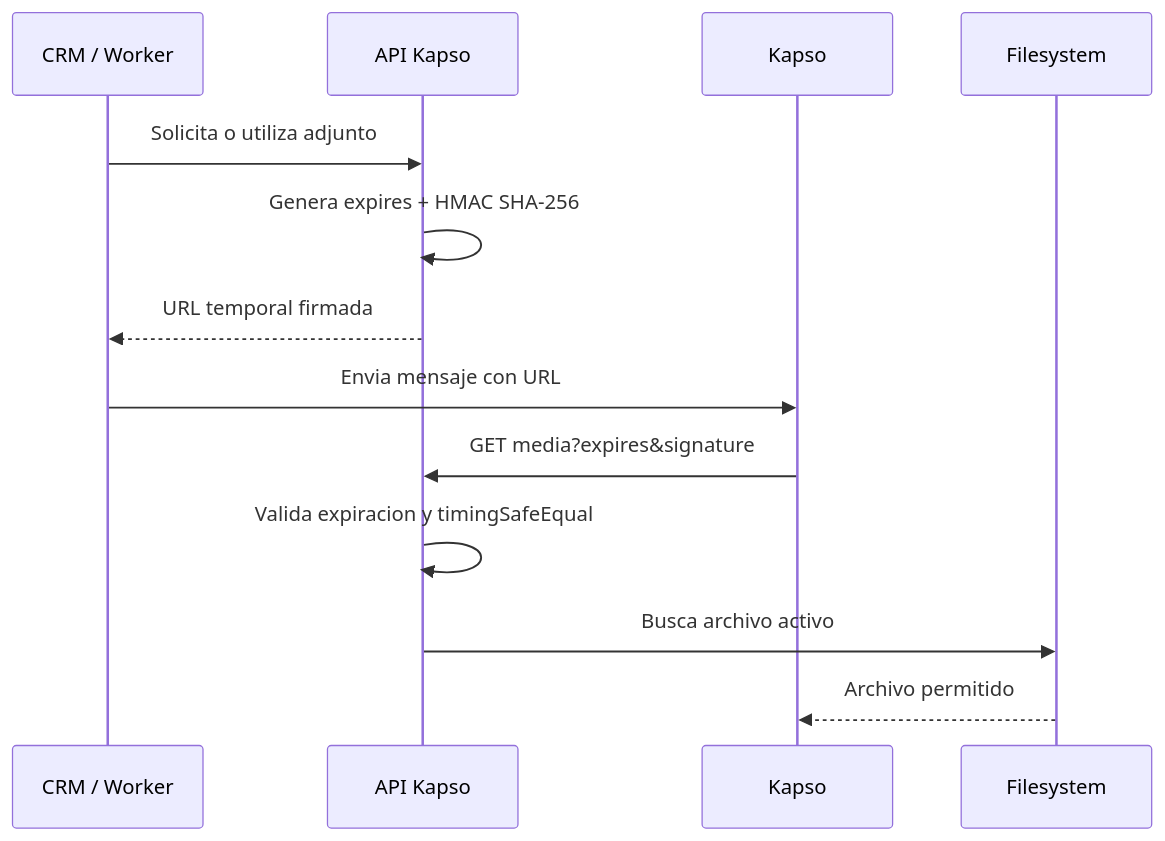
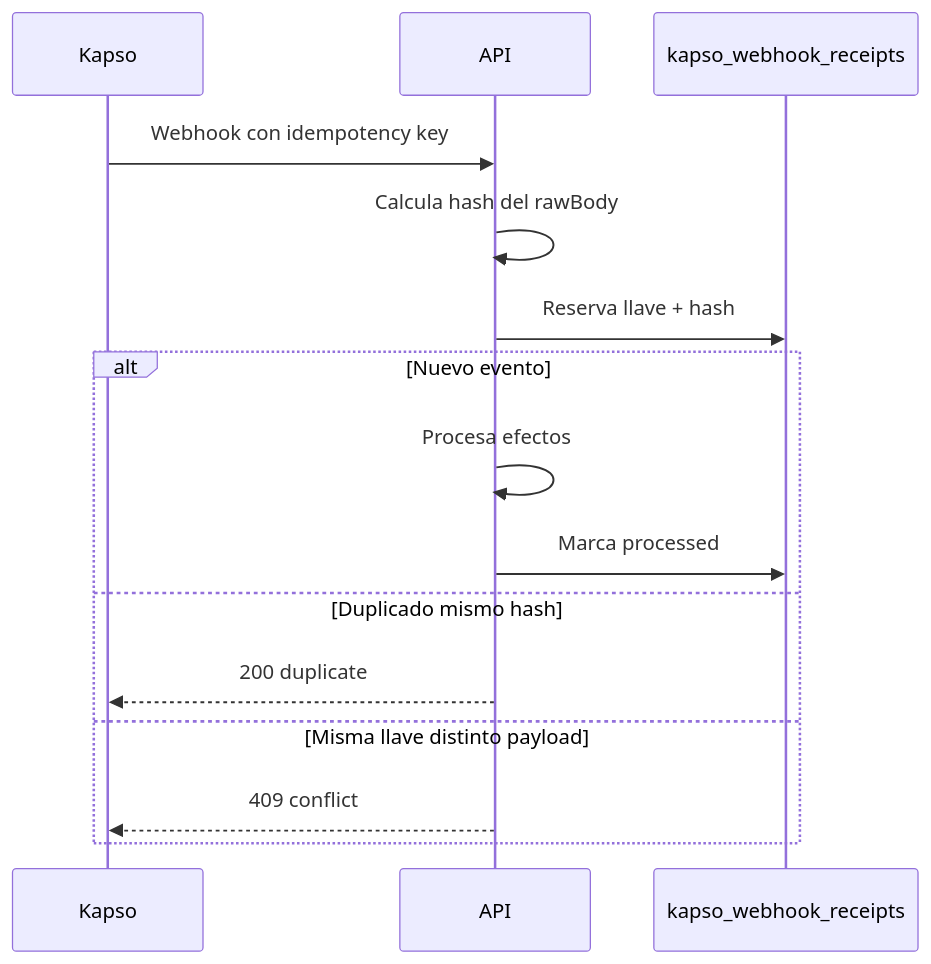
The eighth of 9 diagrams in README.md (roccacr/CRM_VENTAS), drawn with Mermaid before and after one commit. The commit also changed other lines of this file and 19 other files, not shown here.

````diff
--- a/README.md
+++ b/README.md
@@ -822,16 +463,18 @@
 ```mermaid
 sequenceDiagram
-  participant CRM as CRM / Worker
-  participant API as API Kapso
   participant K as Kapso
-  participant FS as Filesystem
+  participant API as API
+  participant DB as kapso_webhook_receipts
 
-  CRM->>API: Solicita o utiliza adjunto
-  API->>API: Genera expires + HMAC SHA-256
-  API-->>CRM: URL temporal firmada
-  CRM->>K: Envia mensaje con URL
-  K->>API: GET media?expires&signature
-  API->>API: Valida expiracion y timingSafeEqual
-  API->>FS: Busca archivo activo
-  FS-->>K: Archivo permitido
+  K->>API: Webhook con idempotency key
+  API->>API: Calcula hash del rawBody
+  API->>DB: Reserva llave + hash
+  alt Nuevo evento
+    API->>API: Procesa efectos
+    API->>DB: Marca processed
+  else Duplicado mismo hash
+    API-->>K: 200 duplicate
+  else Misma llave distinto payload
+    API-->>K: 409 conflict
+  end
 ```
````
